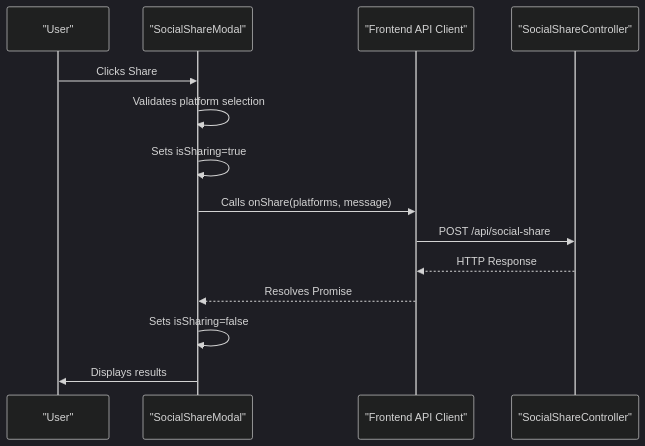
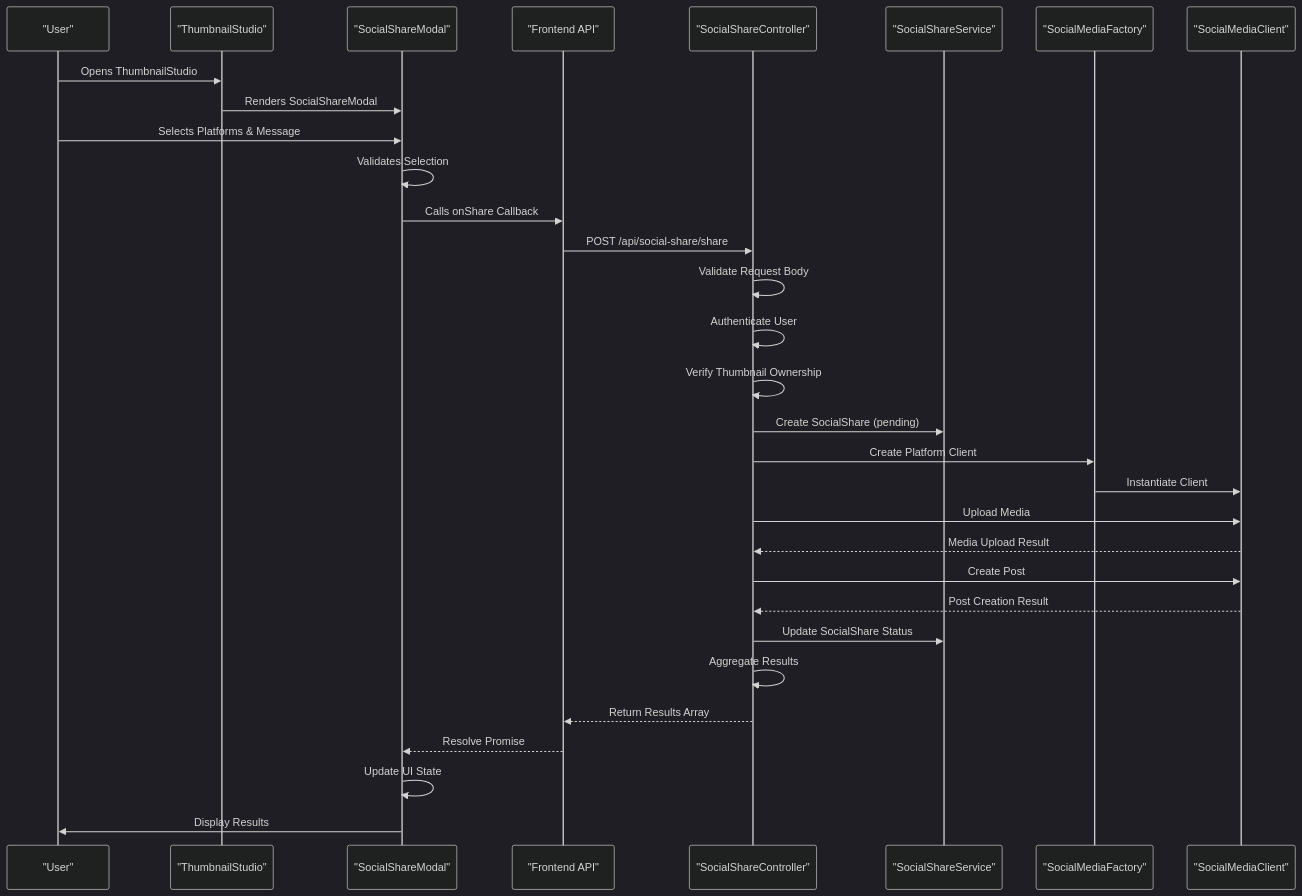
The second of 7 diagrams in .qoder/repowiki/en/content/Social Media Integration/Share Workflow and UI Integration.md (Brimstow/ThumPiks), drawn with Mermaid (dark theme) before and after one commit. The commit also changed other lines of this file and 900 other files, not shown here.

````diff
--- a/.qoder/repowiki/en/content/Social Media Integration/Share Workflow and UI Integration.md
+++ b/.qoder/repowiki/en/content/Social Media Integration/Share Workflow and UI Integration.md
@@ -73,16 +134,33 @@
 ```mermaid
 sequenceDiagram
 participant User as "User"
+participant Studio as "ThumbnailStudio"
 participant Modal as "SocialShareModal"
-participant API as "Frontend API Client"
+participant API as "Frontend API"
 participant Controller as "SocialShareController"
-User->>Modal : Clicks Share
-Modal->>Modal : Validates platform selection
-Modal->>Modal : Sets isSharing=true
-Modal->>API : Calls onShare(platforms, message)
-API->>Controller : POST /api/social-share
-Controller-->>API : HTTP Response
-API-->>Modal : Resolves Promise
-Modal->>Modal : Sets isSharing=false
-Modal->>User : Displays results
+participant Service as "SocialShareService"
+participant Factory as "SocialMediaFactory"
+participant Client as "SocialMediaClient"
+User->>Studio : Opens ThumbnailStudio
+Studio->>Modal : Renders SocialShareModal
+User->>Modal : Selects Platforms & Message
+Modal->>Modal : Validates Selection
+Modal->>API : Calls onShare Callback
+API->>Controller : POST /api/social-share/share
+Controller->>Controller : Validate Request Body
+Controller->>Controller : Authenticate User
+Controller->>Controller : Verify Thumbnail Ownership
+Controller->>Service : Create SocialShare (pending)
+Controller->>Factory : Create Platform Client
+Factory->>Client : Instantiate Client
+Controller->>Client : Upload Media
+Client-->>Controller : Media Upload Result
+Controller->>Client : Create Post
+Client-->>Controller : Post Creation Result
+Controller->>Service : Update SocialShare Status
+Controller->>Controller : Aggregate Results
+Controller-->>API : Return Results Array
+API-->>Modal : Resolve Promise
+Modal->>Modal : Update UI State
+Modal->>User : Display Results
 ```
````
